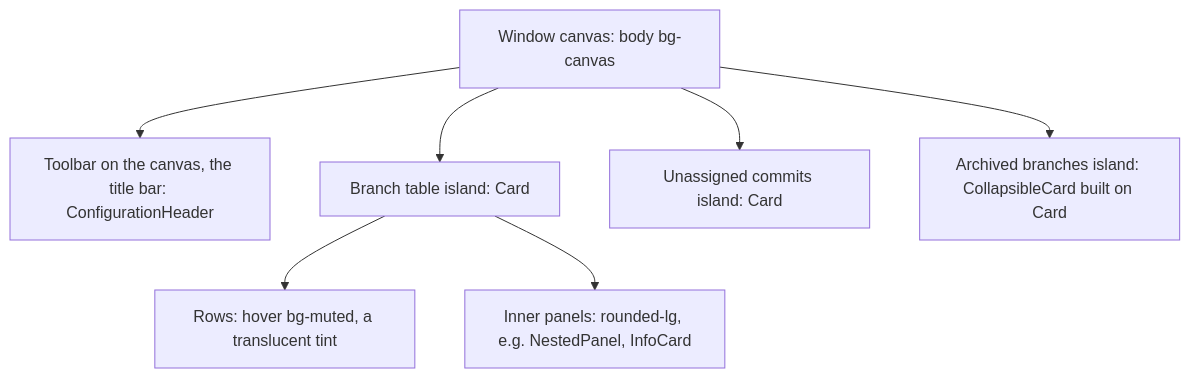
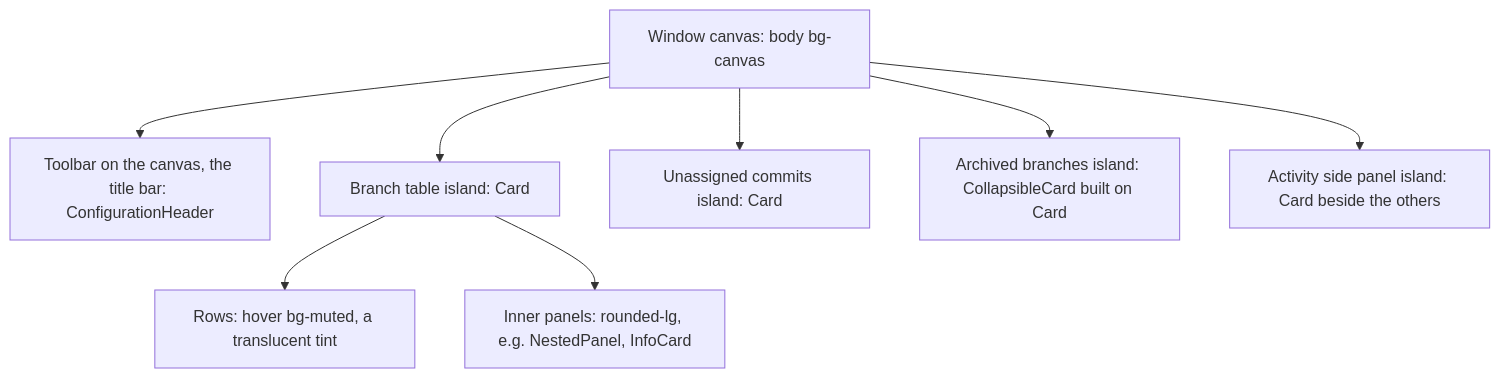
One commit to develar/branch-deck changed the diagram in docs/design/ui-theme.md. Above: the diagram before and after it, drawn with Mermaid. The commit also changed other lines of this file and 28 other files, not shown here.

First line of the commit message:
feat(activity): the side panel of the main window, beside the branch tables, where the window has room for it

````diff
--- a/docs/design/ui-theme.md
+++ b/docs/design/ui-theme.md
@@ -42,9 +42,10 @@
 ```mermaid
 flowchart TD
     W["Window canvas: body bg-canvas"] --> H["Toolbar on the canvas, the title bar: ConfigurationHeader"]
     W --> T["Branch table island: Card"]
     W --> U["Unassigned commits island: Card"]
     W --> A["Archived branches island: CollapsibleCard built on Card"]
+    W --> S["Activity side panel island: Card beside the others"]
     T --> R["Rows: hover bg-muted, a translucent tint"]
     T --> P["Inner panels: rounded-lg, e.g. NestedPanel, InfoCard"]
 ```
````
